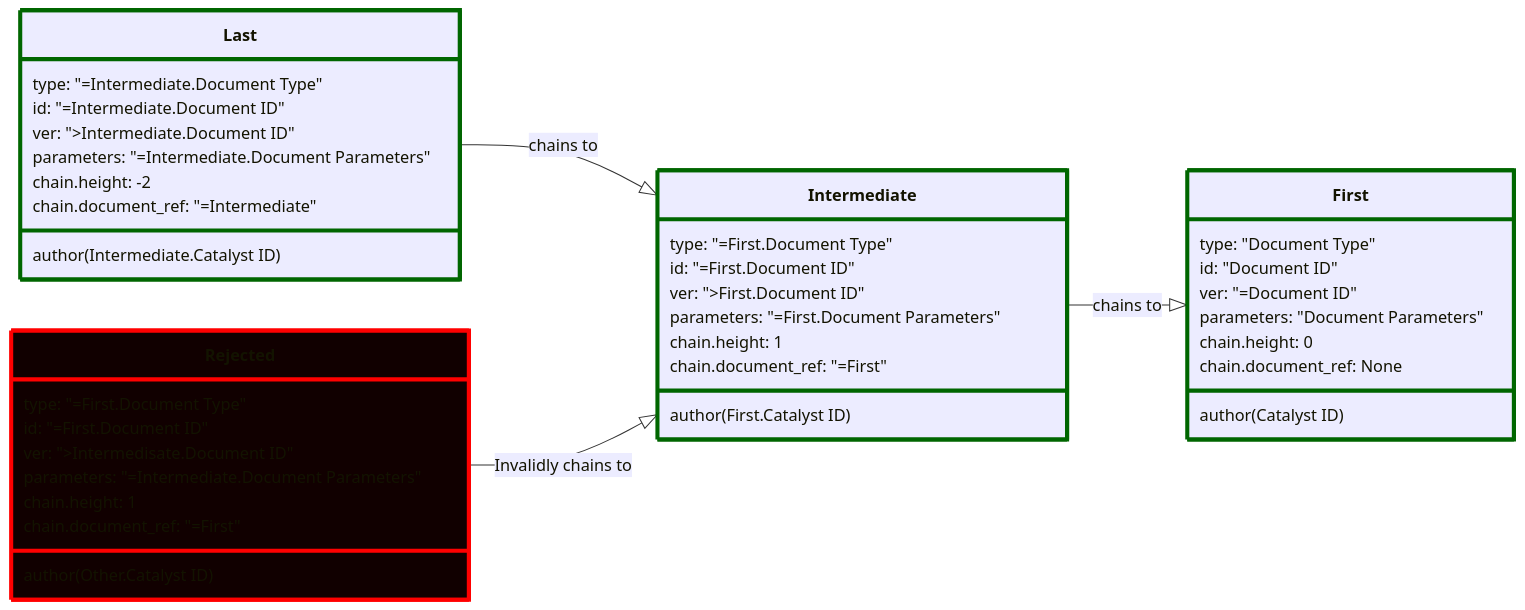
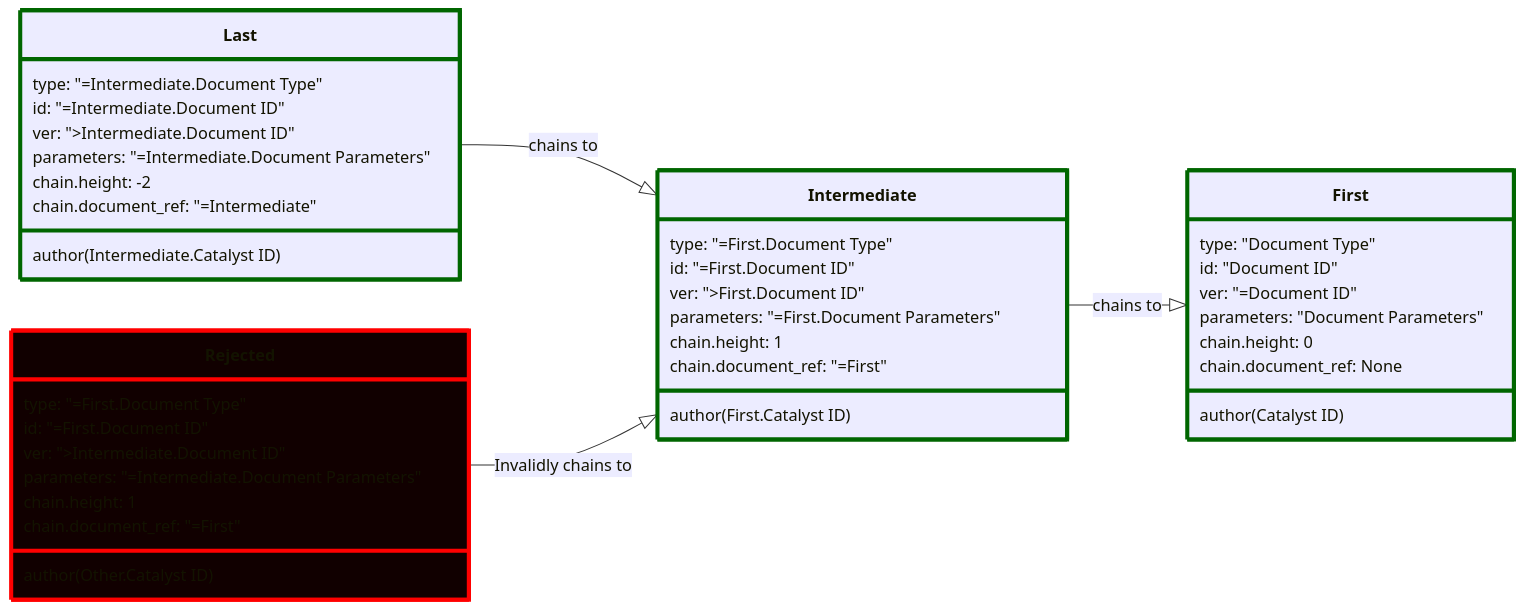
The diagram in specs/definitions/signed_docs/includes/fraudulent_chain.mermaid (input-output-hk/catalyst-libs), drawn with Mermaid before and after one commit. The commit also changed 19 other files, not shown here.

```diff
--- a/specs/definitions/signed_docs/includes/fraudulent_chain.mermaid
+++ b/specs/definitions/signed_docs/includes/fraudulent_chain.mermaid
@@ -1,54 +1,54 @@
 classDiagram
     direction LR
     class Last {
         type: "=Intermediate.Document Type"
         id: "=Intermediate.Document ID"
         ver: ">Intermediate.Document ID"
         parameters: "=Intermediate.Document Parameters"
         chain.height: -2
         chain.document_ref: "=Intermediate"
 
         author(Intermediate.Catalyst ID)
     }
     style Last stroke:#060,stroke-width:4px
 
     class Intermediate {
         type: "=First.Document Type"
         id: "=First.Document ID"
         ver: ">First.Document ID"
         parameters: "=First.Document Parameters"
         chain.height: 1
         chain.document_ref: "=First"
 
         author(First.Catalyst ID)
     }
     style Intermediate stroke:#060,stroke-width:4px
 
     class First {
         type: "Document Type"
         id: "Document ID"
         ver: "=Document ID"
         parameters: "Document Parameters"
         chain.height: 0
         chain.document_ref: None
 
         author(Catalyst ID)
     }
     style First stroke:#060,stroke-width:4px
 
     Last --|> Intermediate : chains to
     Intermediate --|> First : chains to
 
     class Rejected {
         type: "=First.Document Type"
         id: "=First.Document ID"
-        ver: ">Intermedisate.Document ID"
+        ver: ">Intermediate.Document ID"
         parameters: "=Intermediate.Document Parameters"
         chain.height: 1
         chain.document_ref: "=First"
 
         author(Other.Catalyst ID)
     }
 
     Rejected --|> Intermediate : Invalidly chains to
     style Rejected fill:#100,stroke:#f00,stroke-width:4px    
```
